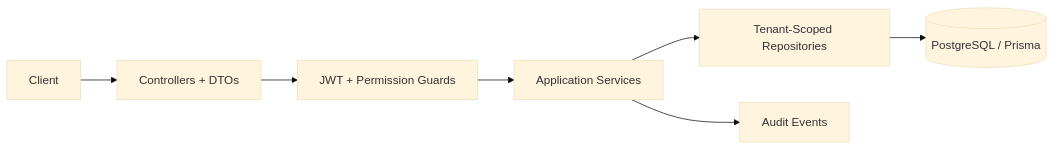
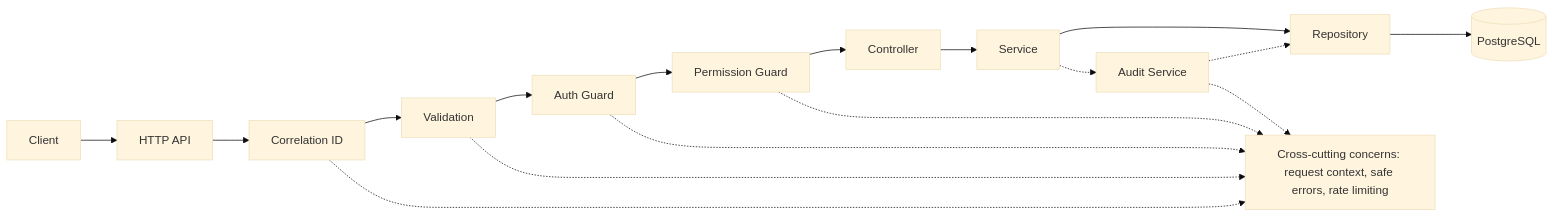
One commit to aszender/Multi-Tenant-IAM-Backend-Platform changed the diagram in README.md. Above: the diagram before and after it, drawn with Mermaid (base theme). The commit also changed other lines of this file and 1 other file, not shown here.

Commit message:
docs: polish README for senior reviewer flow

````diff
--- a/README.md
+++ b/README.md
@@ -20,9 +54,21 @@
 ```mermaid
 flowchart LR
-  Client["Client"] --> Controllers["Controllers + DTOs"]
-  Controllers --> Guards["JWT + Permission Guards"]
-  Guards --> Services["Application Services"]
-  Services --> Repositories["Tenant-Scoped Repositories"]
-  Repositories --> DB[("PostgreSQL / Prisma")]
-  Services --> Audit["Audit Events"]
+  Client["Client"] --> HTTP["HTTP API"]
+  HTTP --> Corr["Correlation ID"]
+  Corr --> VPipe["Validation"]
+  VPipe --> AuthG["Auth Guard"]
+  AuthG --> PermG["Permission Guard"]
+  PermG --> Ctrl["Controller"]
+  Ctrl --> Svc["Service"]
+  Svc --> Repo["Repository"]
+  Repo --> DB[("PostgreSQL")]
+
+  Svc -.-> AuditSvc["Audit Service"]
+  AuditSvc -.-> Repo
+
+  Corr -.-> Cross["Cross-cutting concerns: request context, safe errors, rate limiting"]
+  VPipe -.-> Cross
+  AuthG -.-> Cross
+  PermG -.-> Cross
+  AuditSvc -.-> Cross
 ```
````
